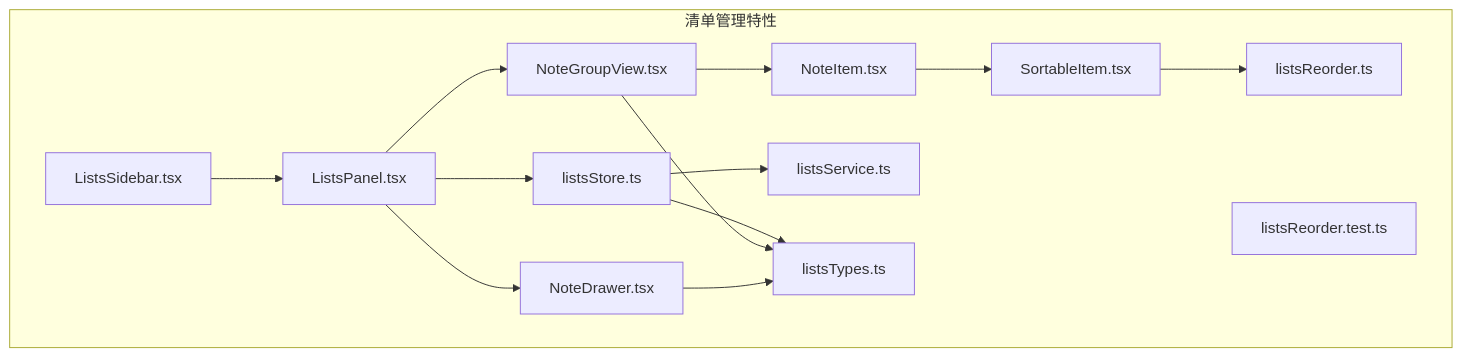
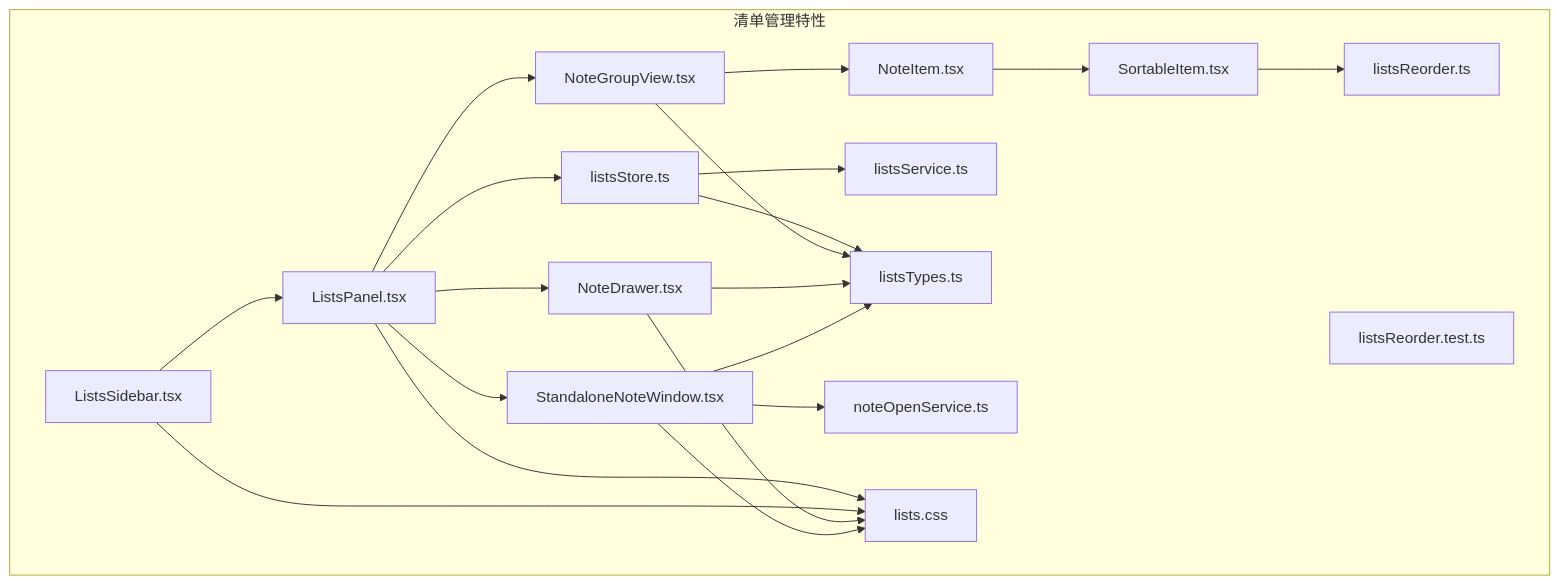
The first of 5 diagrams in .qoder/repowiki/zh/content/架构设计/组件架构设计/业务组件架构/清单管理组件.md (gzdxhujiale/FishWorker), drawn with Mermaid before and after one commit. The commit also changed other lines of this file and 19 other files, not shown here.

````diff
--- a/.qoder/repowiki/zh/content/架构设计/组件架构设计/业务组件架构/清单管理组件.md
+++ b/.qoder/repowiki/zh/content/架构设计/组件架构设计/业务组件架构/清单管理组件.md
@@ -41,27 +57,37 @@
 ```mermaid
 graph TB
 subgraph "清单管理特性"
 LS["ListsSidebar.tsx"]
 LP["ListsPanel.tsx"]
 ND["NoteDrawer.tsx"]
 NGV["NoteGroupView.tsx"]
 NI["NoteItem.tsx"]
 SI["SortableItem.tsx"]
+SNW["StandaloneNoteWindow.tsx"]
 LR["listsReorder.ts"]
 LRT["listsReorder.test.ts"]
+NOS["noteOpenService.ts"]
 ST["listsStore.ts"]
 SVC["listsService.ts"]
 T["listsTypes.ts"]
+CSS["lists.css"]
 end
 LS --> LP
 LP --> ND
 LP --> NGV
+LP --> SNW
 NGV --> NI
 NI --> SI
 SI --> LR
 LP --> ST
 ST --> SVC
 ST --> T
 NGV --> T
 ND --> T
+SNW --> NOS
+SNW --> T
+LP --> CSS
+LS --> CSS
+ND --> CSS
+SNW --> CSS
 ```
````
